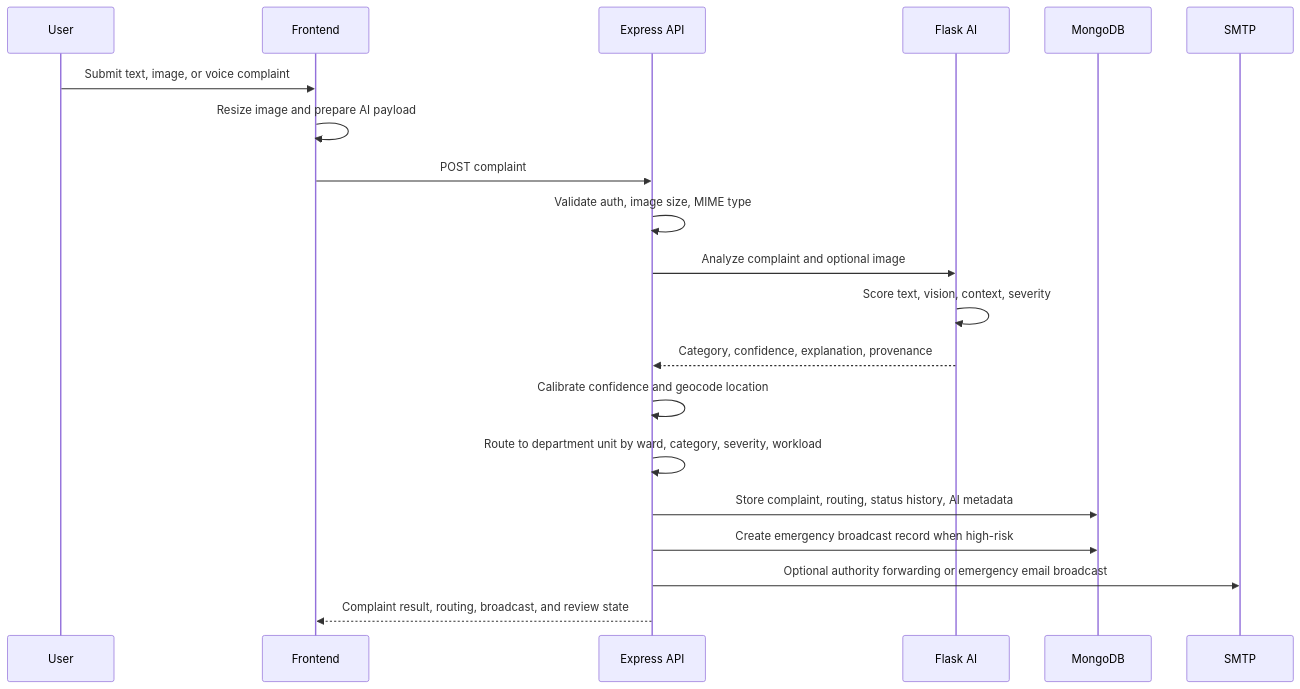
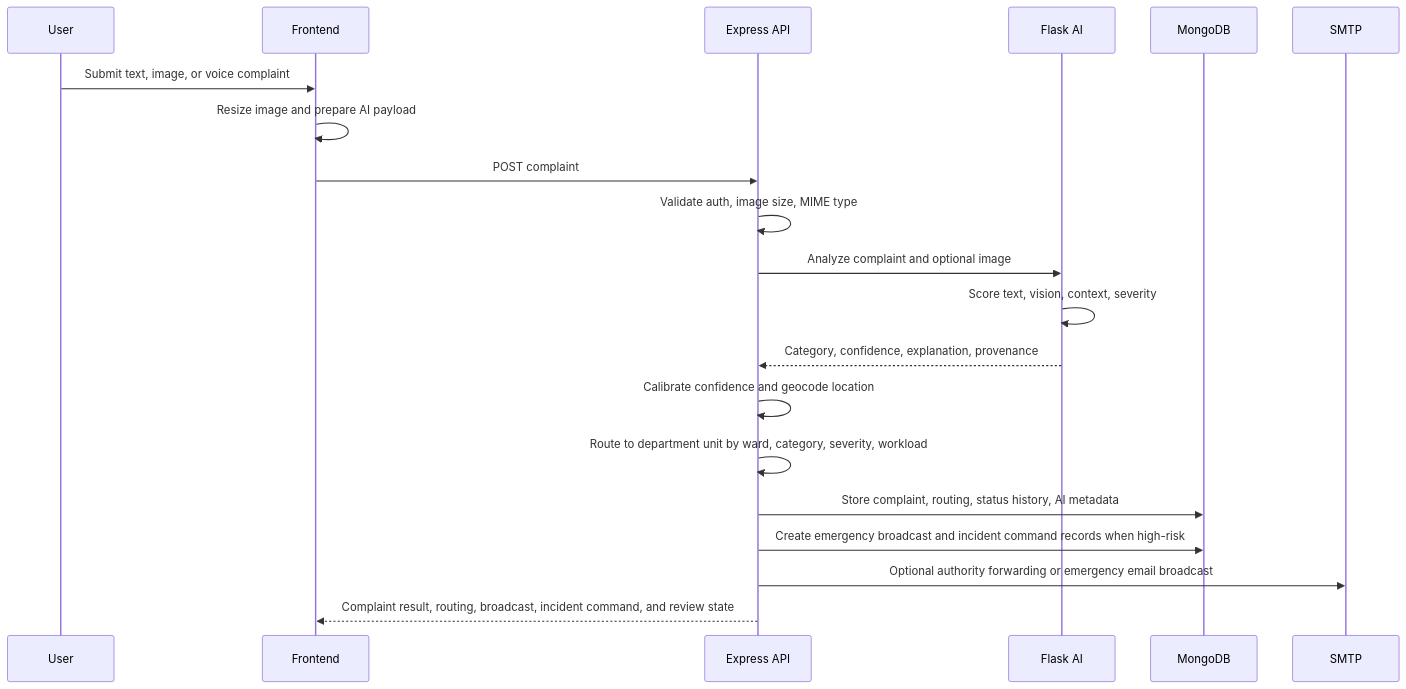
One commit to Shreyas0047/Urban-Pulse-Ai changed the second of 2 diagrams in README.md. Above: the diagram before and after it, drawn with Mermaid. The commit also changed other lines of this file and 11 other files, not shown here.

````diff
--- a/README.md
+++ b/README.md
@@ -50,23 +50,23 @@
 ```mermaid
 sequenceDiagram
     participant U as User
     participant FE as Frontend
     participant API as Express API
     participant AI as Flask AI
     participant DB as MongoDB
     participant Mail as SMTP
 
     U->>FE: Submit text, image, or voice complaint
     FE->>FE: Resize image and prepare AI payload
     FE->>API: POST complaint
     API->>API: Validate auth, image size, MIME type
     API->>AI: Analyze complaint and optional image
     AI->>AI: Score text, vision, context, severity
     AI-->>API: Category, confidence, explanation, provenance
     API->>API: Calibrate confidence and geocode location
     API->>API: Route to department unit by ward, category, severity, workload
     API->>DB: Store complaint, routing, status history, AI metadata
-    API->>DB: Create emergency broadcast record when high-risk
+    API->>DB: Create emergency broadcast and incident command records when high-risk
     API->>Mail: Optional authority forwarding or emergency email broadcast
-    API-->>FE: Complaint result, routing, broadcast, and review state
+    API-->>FE: Complaint result, routing, broadcast, incident command, and review state
 ```
````
